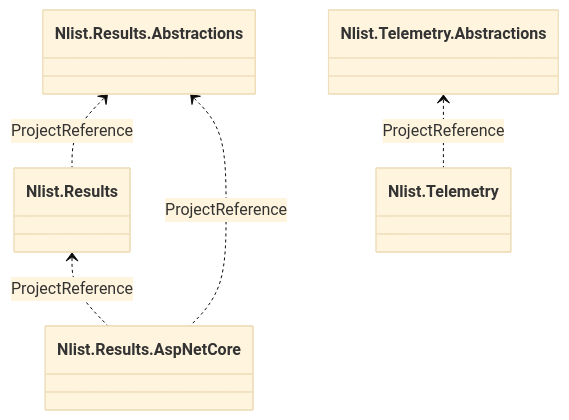
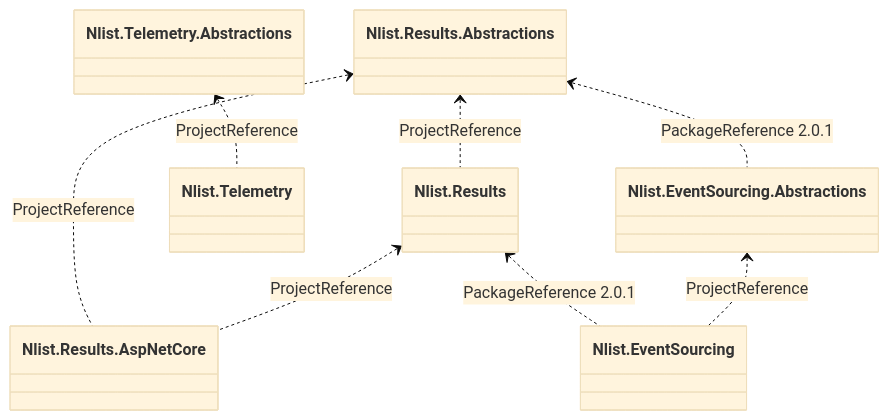
The diagram in README.md (nlistid/nlist-packages), drawn with Mermaid (base theme) before and after one commit. The commit also changed other lines of this file and 20 other files, not shown here.

Commit message:
Event sourcing package

````diff
--- a/README.md
+++ b/README.md
@@ -28,8 +33,11 @@
 ```mermaid
 classDiagram
 
 Nlist.Results.Abstractions <.. Nlist.Results : ProjectReference
 Nlist.Results.Abstractions <.. Nlist.Results.AspNetCore : ProjectReference
 Nlist.Results <.. Nlist.Results.AspNetCore : ProjectReference
 Nlist.Telemetry.Abstractions <.. Nlist.Telemetry : ProjectReference
+Nlist.Results.Abstractions <.. Nlist.EventSourcing.Abstractions : PackageReference 2.0.1
+Nlist.Results <.. Nlist.EventSourcing : PackageReference 2.0.1
+Nlist.EventSourcing.Abstractions <.. Nlist.EventSourcing : ProjectReference
 ```
````
